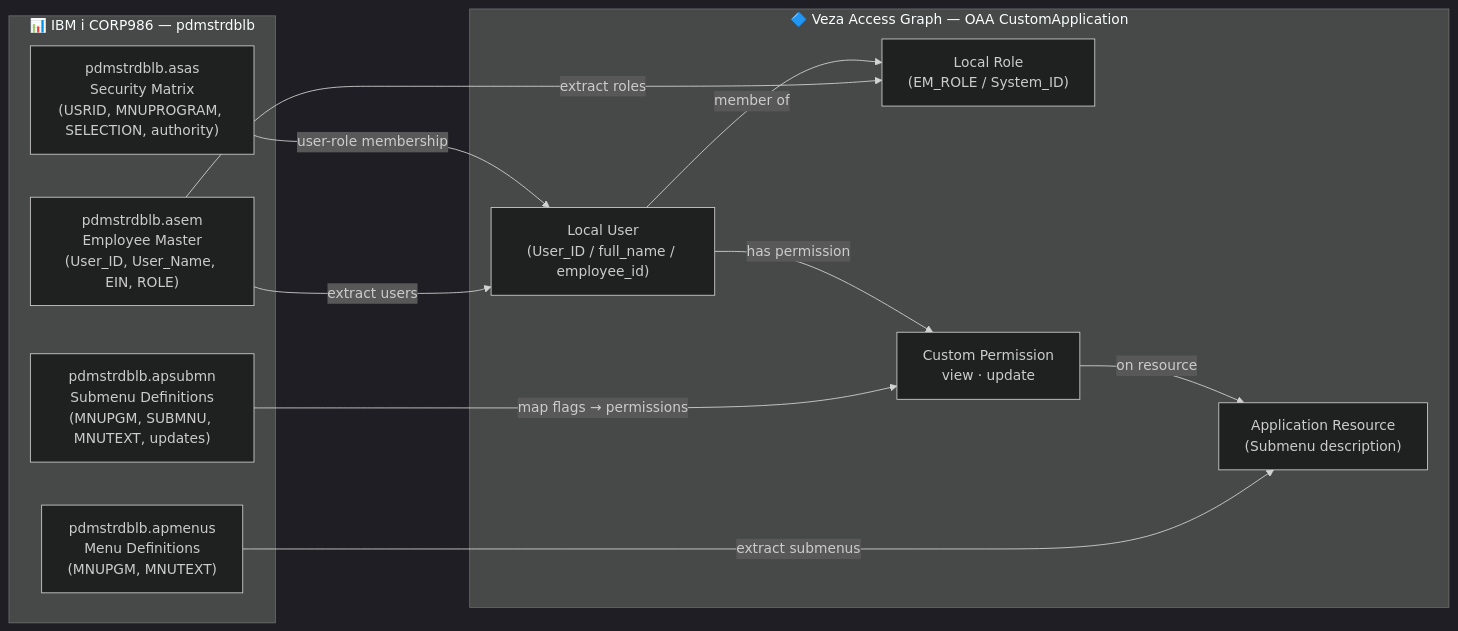
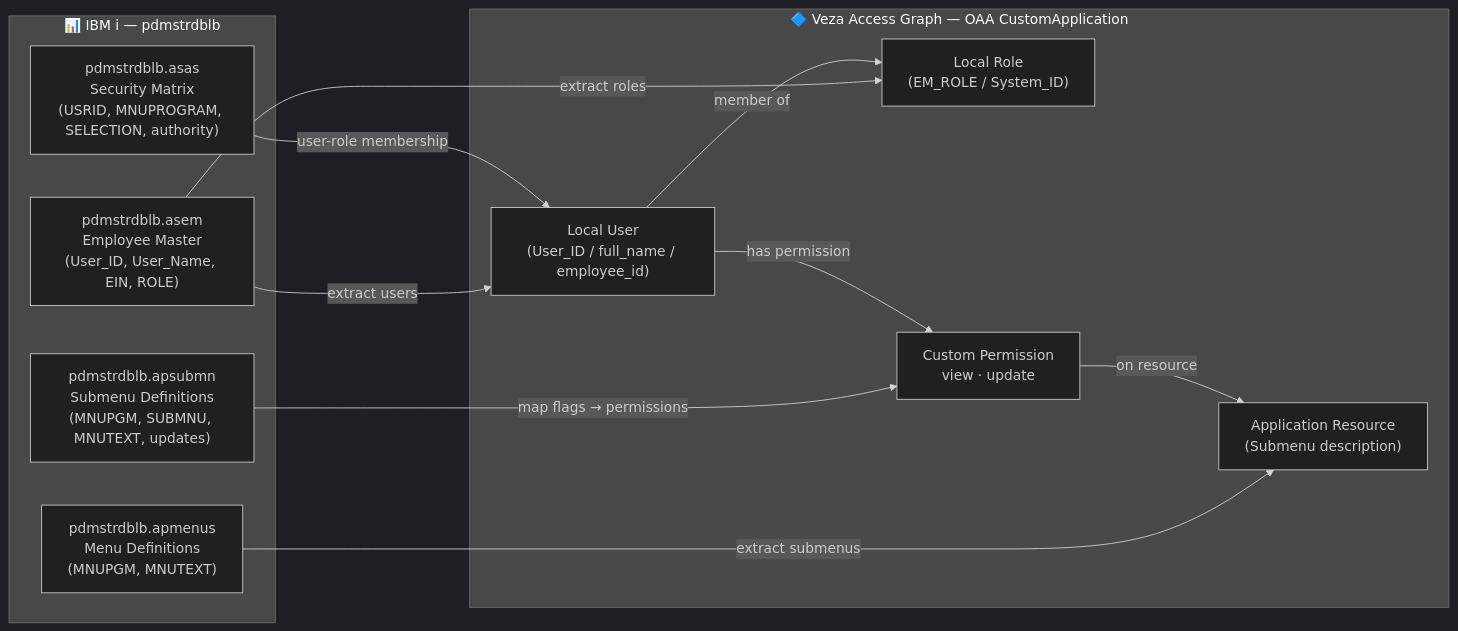
The diagram in integrations/board-sales-invoicing/README.md (andrewmusto-git/Board-Sales-Invoicing), drawn with Mermaid (dark theme) before and after one commit. The commit also changed other lines of this file and 6 other files, not shown here.

````diff
--- a/integrations/board-sales-invoicing/README.md
+++ b/integrations/board-sales-invoicing/README.md
@@ -30,26 +30,26 @@
 ```mermaid
 graph LR
-    subgraph IBMi["📊 IBM i CORP986 — pdmstrdblb"]
+    subgraph IBMi["📊 IBM i <your-ibmi-host> — pdmstrdblb"]
         ASEM["pdmstrdblb.asem\nEmployee Master\n(User_ID, User_Name, EIN, ROLE)"]
         ASAS["pdmstrdblb.asas\nSecurity Matrix\n(USRID, MNUPROGRAM, SELECTION, authority)"]
         APMENUS["pdmstrdblb.apmenus\nMenu Definitions\n(MNUPGM, MNUTEXT)"]
         APSUBMN["pdmstrdblb.apsubmn\nSubmenu Definitions\n(MNUPGM, SUBMNU, MNUTEXT, updates)"]
     end
 
     subgraph Veza["🔷 Veza Access Graph — OAA CustomApplication"]
         LU["Local User\n(User_ID / full_name / employee_id)"]
         LR["Local Role\n(EM_ROLE / System_ID)"]
         AR["Application Resource\n(Submenu description)"]
         CP["Custom Permission\nview · update"]
     end
 
     ASEM  -->|"extract users"| LU
     ASEM  -->|"extract roles"| LR
     ASAS  -->|"user-role membership"| LU
     APMENUS -->|"extract submenus"| AR
     APSUBMN -->|"map flags → permissions"| CP
 
     LU -->|"member of"| LR
     LU -->|"has permission"| CP
     CP -->|"on resource"| AR
 ```
````
